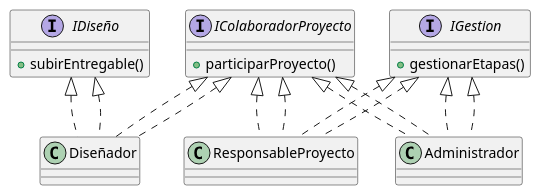
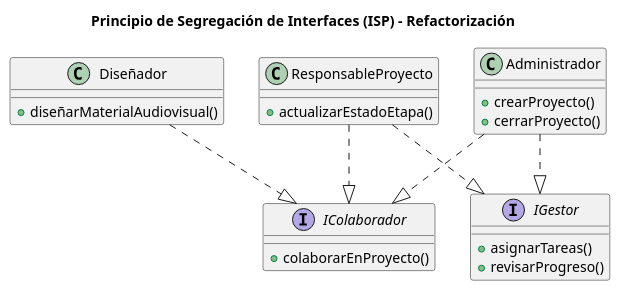
One commit to GonzaloBarbano/SistemaProductoraVideos changed the diagram in diagramas/01-diagrama-clases/01-solid-04-isp.puml. Above: the diagram before and after it, drawn with PlantUML. The commit also changed 11 other files, not shown here.

```diff
--- a/diagramas/01-diagrama-clases/01-solid-04-isp.puml
+++ b/diagramas/01-diagrama-clases/01-solid-04-isp.puml
@@ -1,26 +1,34 @@
 @startuml
-interface IColaboradorProyecto {
-  + participarProyecto()
+title Principio de Segregación de Interfaces (ISP) - Refactorización
+
+interface IColaborador {
+    +colaborarEnProyecto()
 }
 
-interface IDiseño {
-  + subirEntregable()
+interface IGestor {
+    +asignarTareas()
+    +revisarProgreso()
 }
 
-interface IGestion {
-  + gestionarEtapas()
+class Administrador {
+    +crearProyecto()
+    +cerrarProyecto()
 }
 
-class Diseñador implements IColaboradorProyecto, IDiseño
-class Administrador implements IColaboradorProyecto, IGestion
-class ResponsableProyecto implements IColaboradorProyecto, IGestion
+class ResponsableProyecto {
+    +actualizarEstadoEtapa()
+}
 
-IColaboradorProyecto <|.. Diseñador
-IDiseño <|.. Diseñador
+class Diseñador {
+    +diseñarMaterialAudiovisual()
+}
 
-IColaboradorProyecto <|.. Administrador
-IGestion <|.. Administrador
+Administrador ..|> IGestor
+Administrador ..|> IColaborador
 
-IColaboradorProyecto <|.. ResponsableProyecto
-IGestion <|.. ResponsableProyecto
+ResponsableProyecto ..|> IGestor
+ResponsableProyecto ..|> IColaborador
+
+Diseñador ..|> IColaborador
+
 @enduml
```
